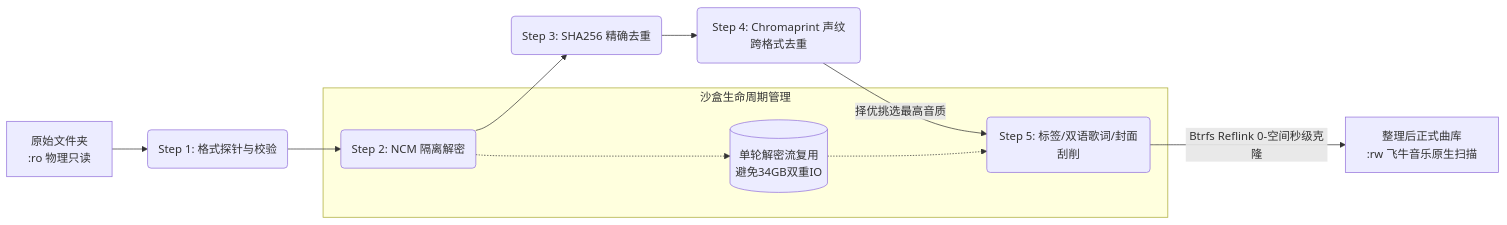
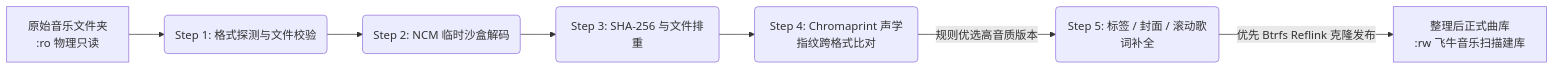
One commit to liuchangchxy/fn-music-companion changed the diagram in README.md. Above: the diagram before and after it, drawn with Mermaid. The commit also changed other lines of this file and 2 other files, not shown here.

````diff
--- a/README.md
+++ b/README.md
@@ -47,14 +38,11 @@
 ```mermaid
 flowchart LR
-    A[原始文件夹\n:ro 物理只读] --> B(Step 1: 格式探针与校验)
-    B --> C(Step 2: NCM 隔离解密)
-    C --> D(Step 3: SHA256 精确去重)
-    D --> E(Step 4: Chromaprint 声纹跨格式去重)
-    E -->|择优挑选最高音质| F(Step 5: 标签/双语歌词/封面刮削)
-    F -->|Btrfs Reflink 0-空间秒级克隆| G[整理后正式曲库\n:rw 飞牛音乐原生扫描]
-    
-    subgraph 沙盒生命周期管理
-      C -.-> S[(单轮解密流复用\n避免34GB双重IO)]
-      S -.-> F
-    end
+    A[原始音乐文件夹
+:ro 物理只读] --> B(Step 1: 格式探测与文件校验)
+    B --> C(Step 2: NCM 临时沙盒解码)
+    C --> D(Step 3: SHA-256 与文件排重)
+    D --> E(Step 4: Chromaprint 声学指纹跨格式比对)
+    E -->|规则优选高音质版本| F(Step 5: 标签 / 封面 / 滚动歌词补全)
+    F -->|优先 Btrfs Reflink 克隆发布| G[整理后正式曲库
+:rw 飞牛音乐扫描建库]
 ```
````
